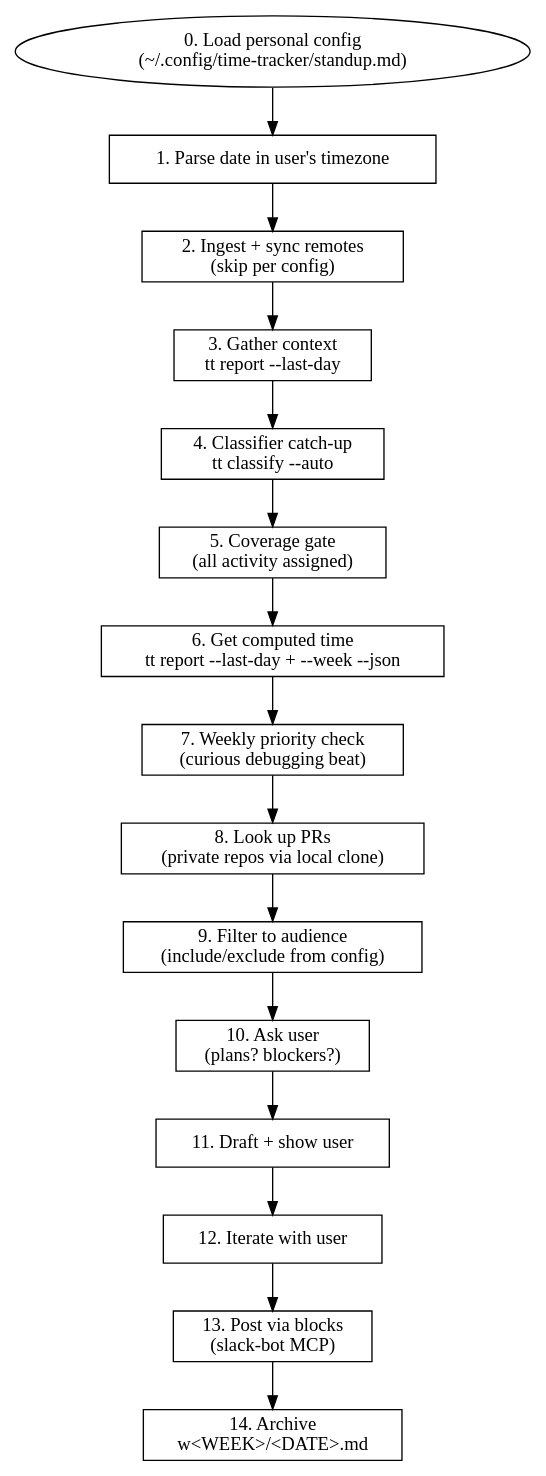
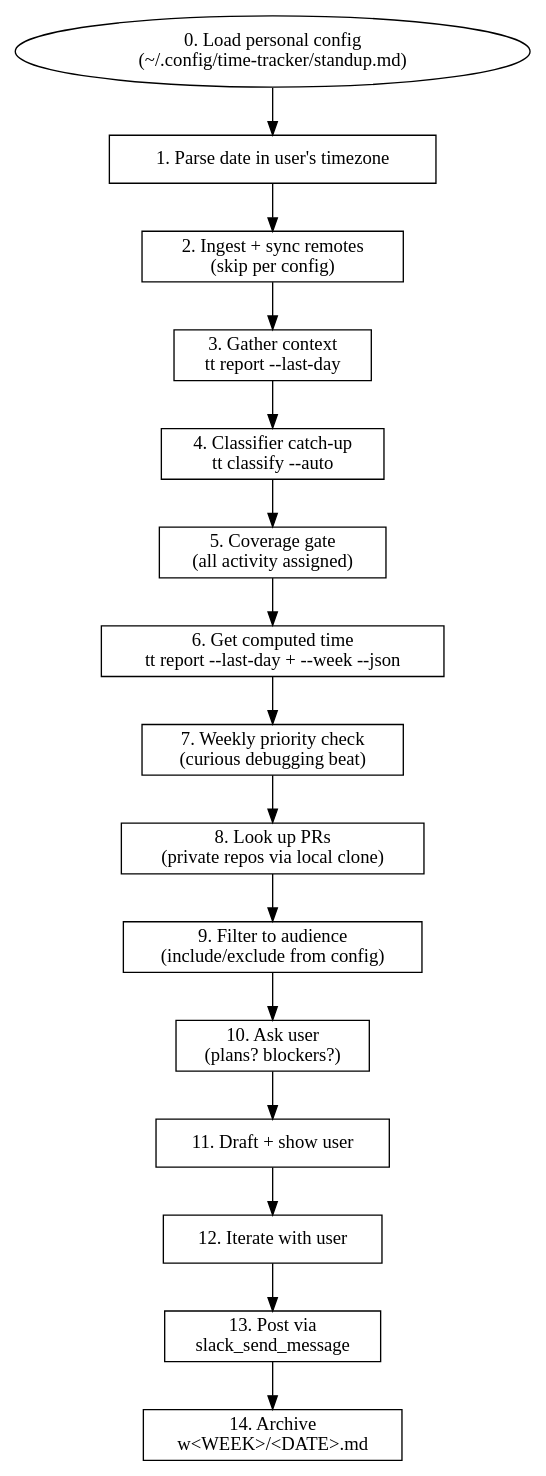
One commit to sjawhar/time-tracker changed the diagram in .opencode/skills/daily-standup/SKILL.md. Above: the diagram before and after it, drawn with Graphviz. The commit also changed other lines of this file and 2 other files, not shown here.

First line of the commit message:
docs(daily-standup): post with Slack's official MCP server (#79)

````diff
--- a/.opencode/skills/daily-standup/SKILL.md
+++ b/.opencode/skills/daily-standup/SKILL.md
@@ -71,24 +71,24 @@
 ```dot
 digraph standup {
   rankdir=TB;
   node [shape=box];
 
   cfg [label="0. Load personal config\n(~/.config/time-tracker/standup.md)" shape=ellipse];
   start [label="1. Parse date in user's timezone"];
   ingest [label="2. Ingest + sync remotes\n(skip per config)"];
   gather [label="3. Gather context\ntt report --last-day"];
   analyze [label="4. Classifier catch-up\ntt classify --auto"];
   coverage [label="5. Coverage gate\n(all activity assigned)"];
   compute [label="6. Get computed time\ntt report --last-day + --week --json"];
   prio [label="7. Weekly priority check\n(curious debugging beat)"];
   prs [label="8. Look up PRs\n(private repos via local clone)"];
   filter [label="9. Filter to audience\n(include/exclude from config)"];
   ask [label="10. Ask user\n(plans? blockers?)"];
   draft [label="11. Draft + show user"];
   iterate [label="12. Iterate with user"];
-  post [label="13. Post via blocks\n(slack-bot MCP)"];
+  post [label="13. Post via\nslack_send_message"];
   archive [label="14. Archive\nw<WEEK>/<DATE>.md"];
 
   cfg -> start -> ingest -> gather -> analyze -> coverage -> compute -> prio -> prs -> filter -> ask -> draft -> iterate -> post -> archive;
 }
 ```
````
